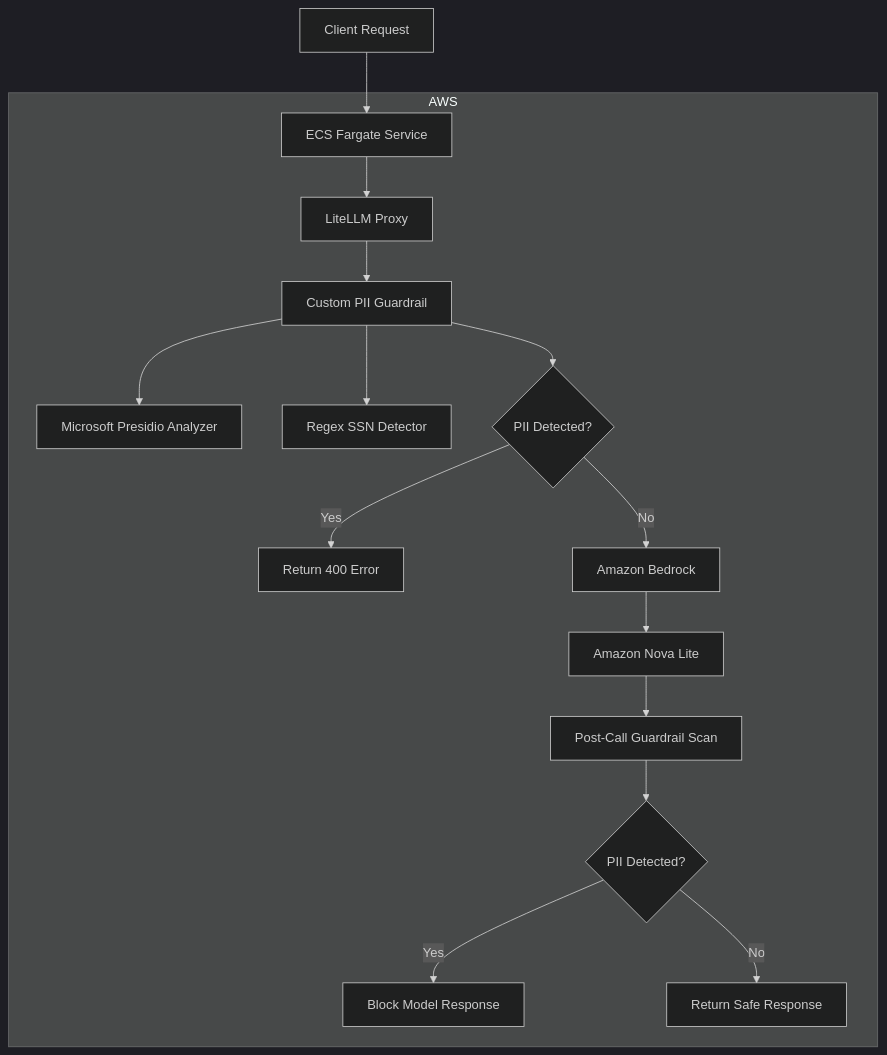
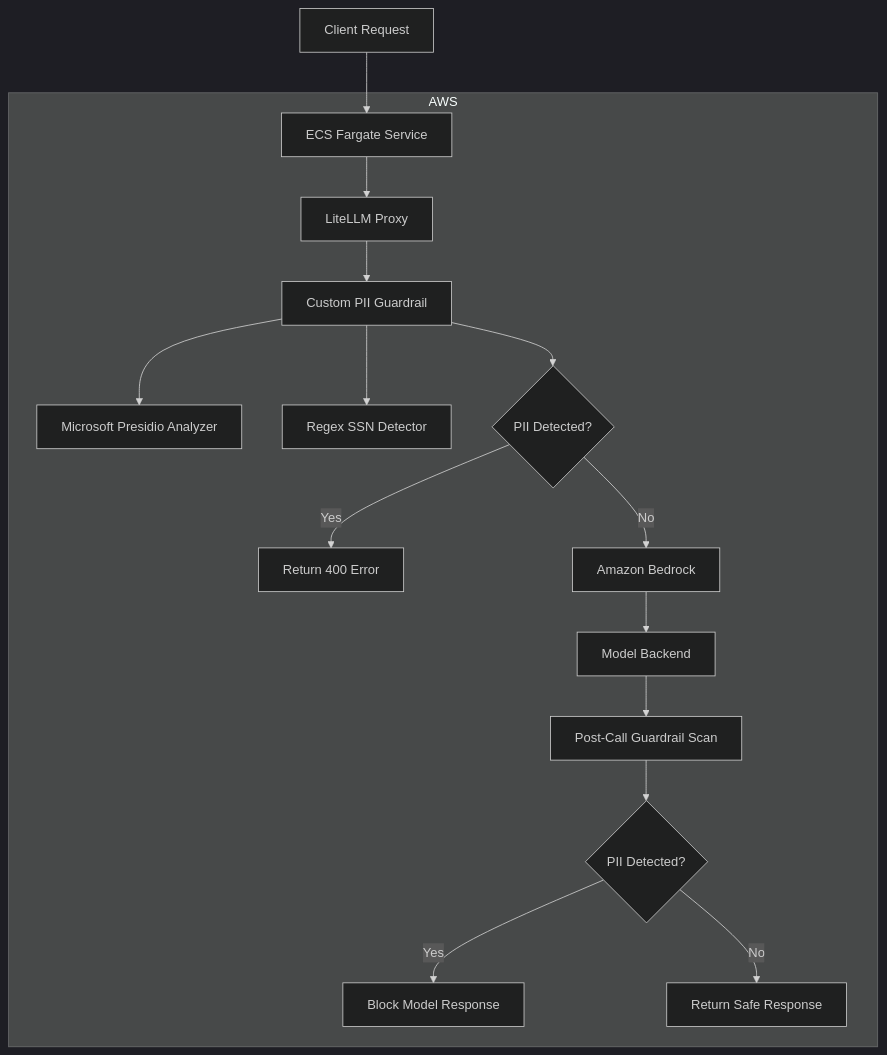
The diagram in docs/architecture.md (WBHankins93/hiddenlayer-litellm-pii-guardrail), drawn with Mermaid (dark theme) before and after one commit. The commit also changed other lines of this file and 9 other files, not shown here.

````diff
--- a/docs/architecture.md
+++ b/docs/architecture.md
@@ -14,35 +14,35 @@
 ```mermaid
 flowchart TD
 
     User[Client Request]
 
     User --> ECS
 
     subgraph AWS
         ECS[ECS Fargate Service]
 
         ECS --> LiteLLM[LiteLLM Proxy]
 
         LiteLLM --> Guardrail[Custom PII Guardrail]
 
         Guardrail --> Presidio[Microsoft Presidio Analyzer]
 
         Guardrail --> Regex[Regex SSN Detector]
 
         Guardrail --> Decision{PII Detected?}
 
         Decision -->|Yes| Block[Return 400 Error]
 
         Decision -->|No| Bedrock[Amazon Bedrock]
 
-        Bedrock --> Model[Amazon Nova Lite]
+        Bedrock --> Model[Model Backend]
 
         Model --> OutputGuard[Post-Call Guardrail Scan]
 
         OutputGuard --> OutputDecision{PII Detected?}
 
         OutputDecision -->|Yes| OutputBlock[Block Model Response]
 
         OutputDecision -->|No| Success[Return Safe Response]
     end
 ```
````
